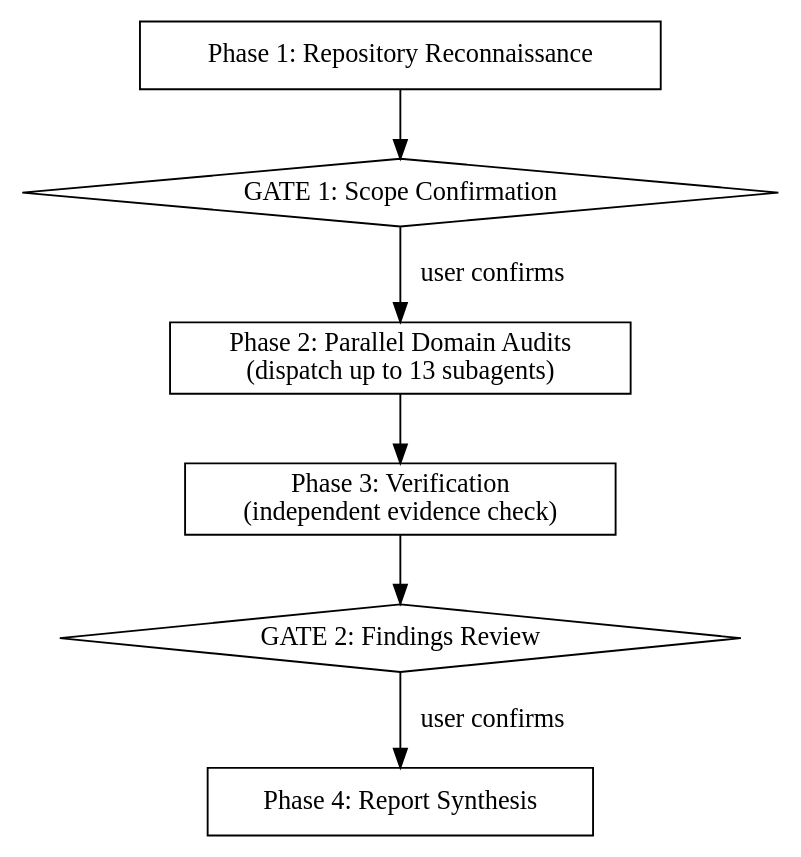
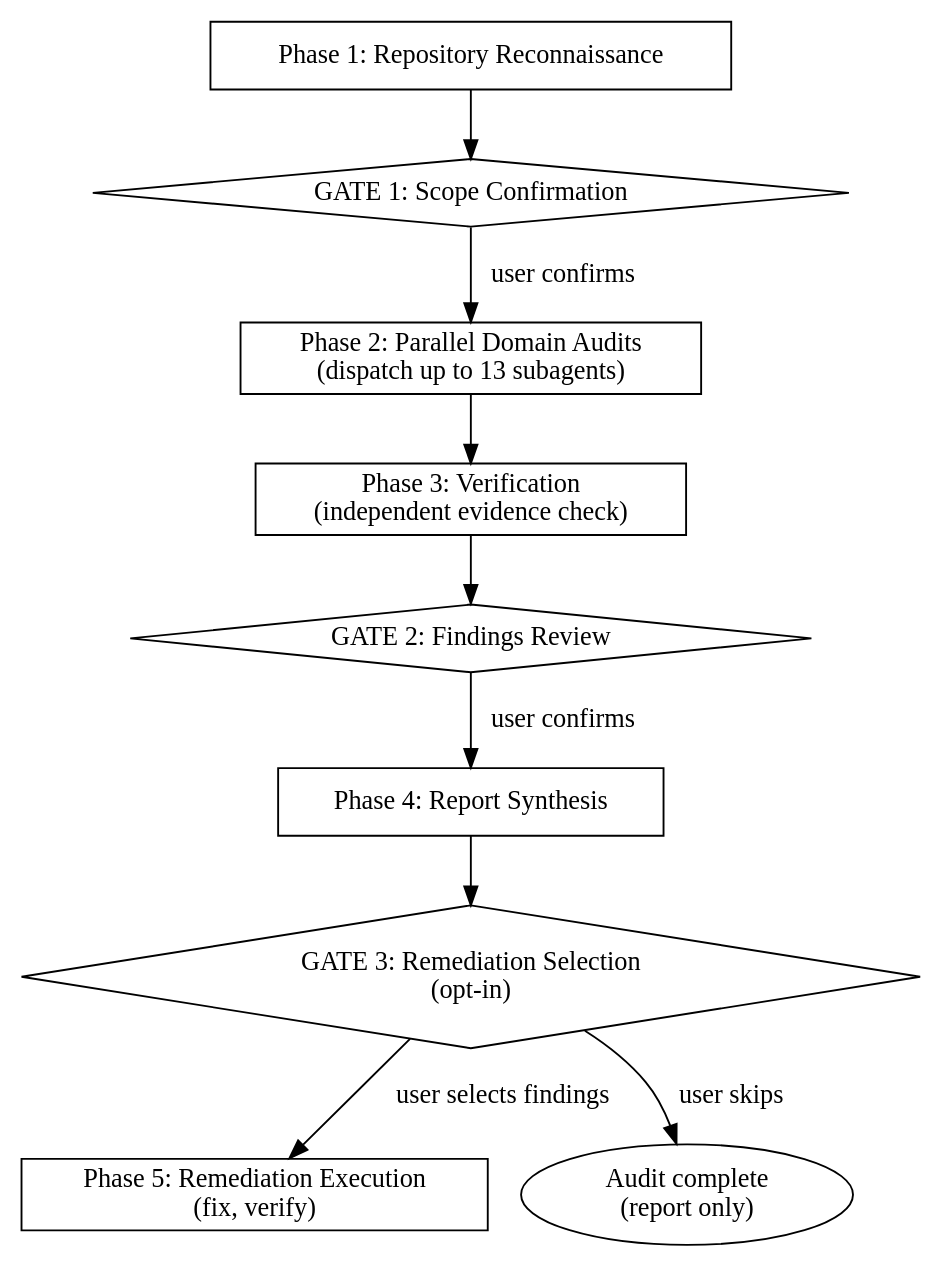
Before and after one commit to sthiermann/stn-skills: the second of 2 diagrams in skills/codebase-audit/SKILL.md, drawn with Graphviz. The commit also changed other lines of this file and 6 other files, not shown here.

First line of the commit message:
v2.0.0: Standalone plugin with remediation execution and visual README

````diff
--- a/skills/codebase-audit/SKILL.md
+++ b/skills/codebase-audit/SKILL.md
@@ -73,19 +71,25 @@
 ```dot
 digraph audit_flow {
     rankdir=TB;
     node [shape=box];
 
     P1 [label="Phase 1: Repository Reconnaissance"];
     G1 [label="GATE 1: Scope Confirmation" shape=diamond];
     P2 [label="Phase 2: Parallel Domain Audits\n(dispatch up to 13 subagents)"];
     P3 [label="Phase 3: Verification\n(independent evidence check)"];
     G2 [label="GATE 2: Findings Review" shape=diamond];
     P4 [label="Phase 4: Report Synthesis"];
+    G3 [label="GATE 3: Remediation Selection\n(opt-in)" shape=diamond];
+    P5 [label="Phase 5: Remediation Execution\n(fix, verify)"];
 
     P1 -> G1;
     G1 -> P2 [label="user confirms"];
     P2 -> P3;
     P3 -> G2;
     G2 -> P4 [label="user confirms"];
+    P4 -> G3;
+    G3 -> P5 [label="user selects findings"];
+    G3 -> end [label="user skips"];
+    end [label="Audit complete\n(report only)" shape=oval];
 }
 ```
````
